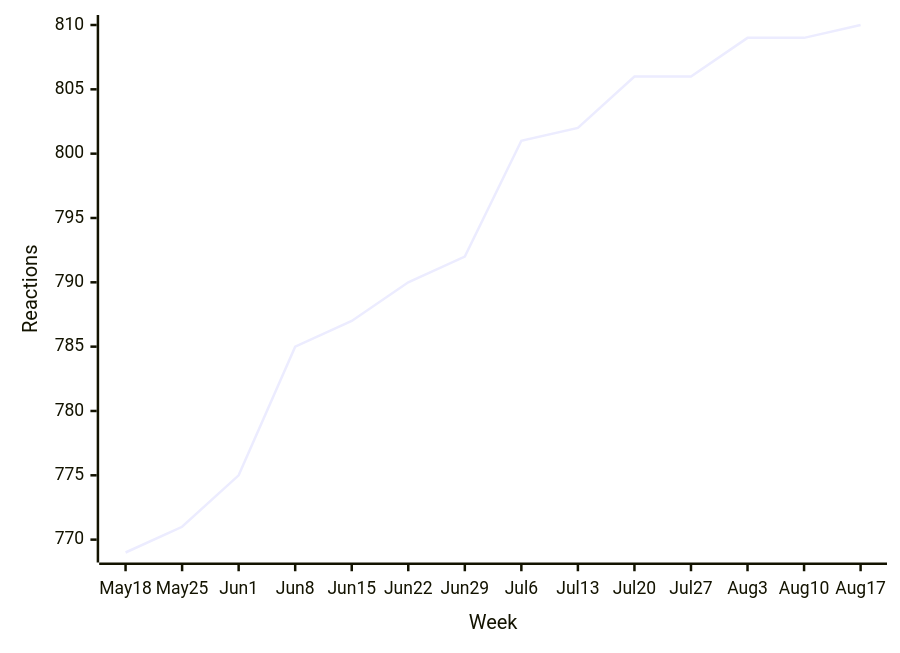
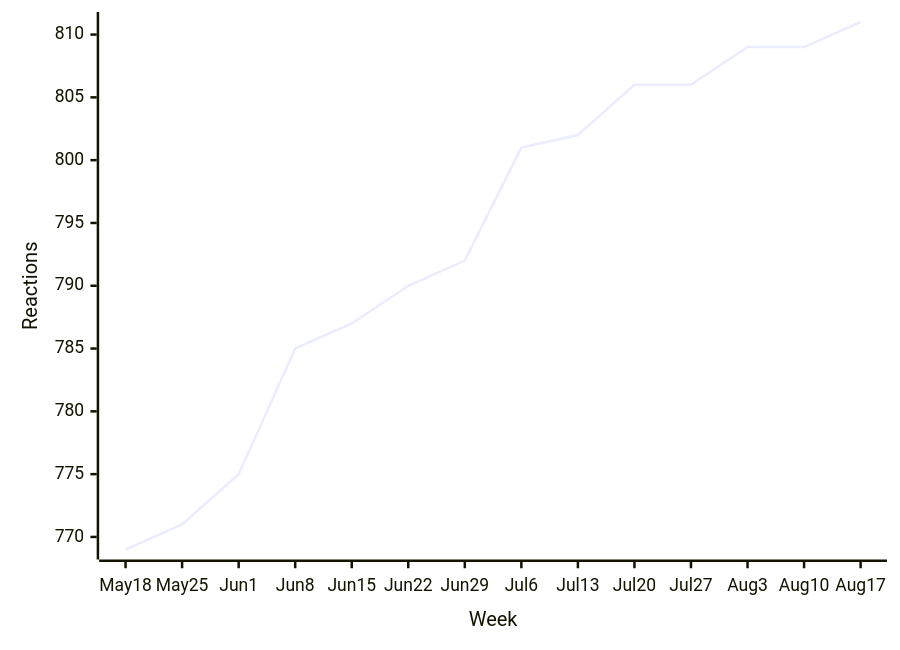
Before and after one commit to loic-sharma/github-insights: the first of 43 diagrams in README.md, drawn with Mermaid. The commit also changed other lines of this file and 1 other file, not shown here.

````diff
--- a/README.md
+++ b/README.md
@@ -324,6 +324,6 @@
   ```mermaid
   xychart-beta
     x-axis "Week" [May 18, May 25, Jun 1, Jun 8, Jun 15, Jun 22, Jun 29, Jul 6, Jul 13, Jul 20, Jul 27, Aug 3, Aug 10, Aug 17]
     y-axis "Reactions"
-    line [769, 771, 775, 785, 787, 790, 792, 801, 802, 806, 806, 809, 809, 810]
+    line [769, 771, 775, 785, 787, 790, 792, 801, 802, 806, 806, 809, 809, 811]
   ```
````
